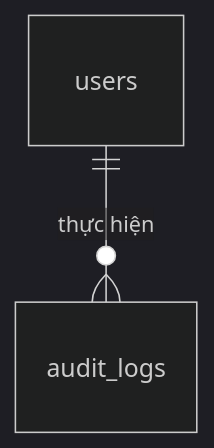
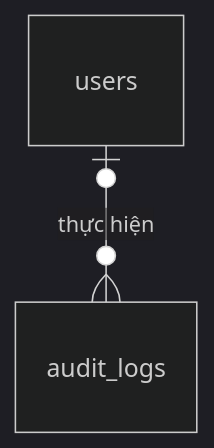
Before and after one commit to flwndyy/new-ai-exam-maker: the fifth of 5 diagrams in docs/erd.md, drawn with Mermaid (dark theme). The commit also changed other lines of this file and 37 other files, not shown here.

Commit message:
fix: address A2 schema review

````diff
--- a/docs/erd.md
+++ b/docs/erd.md
@@ -59,4 +59,4 @@
 ```mermaid
 erDiagram
-    users ||--o{ audit_logs : "thực hiện"
+    users o|--o{ audit_logs : "thực hiện"
 ```
````
